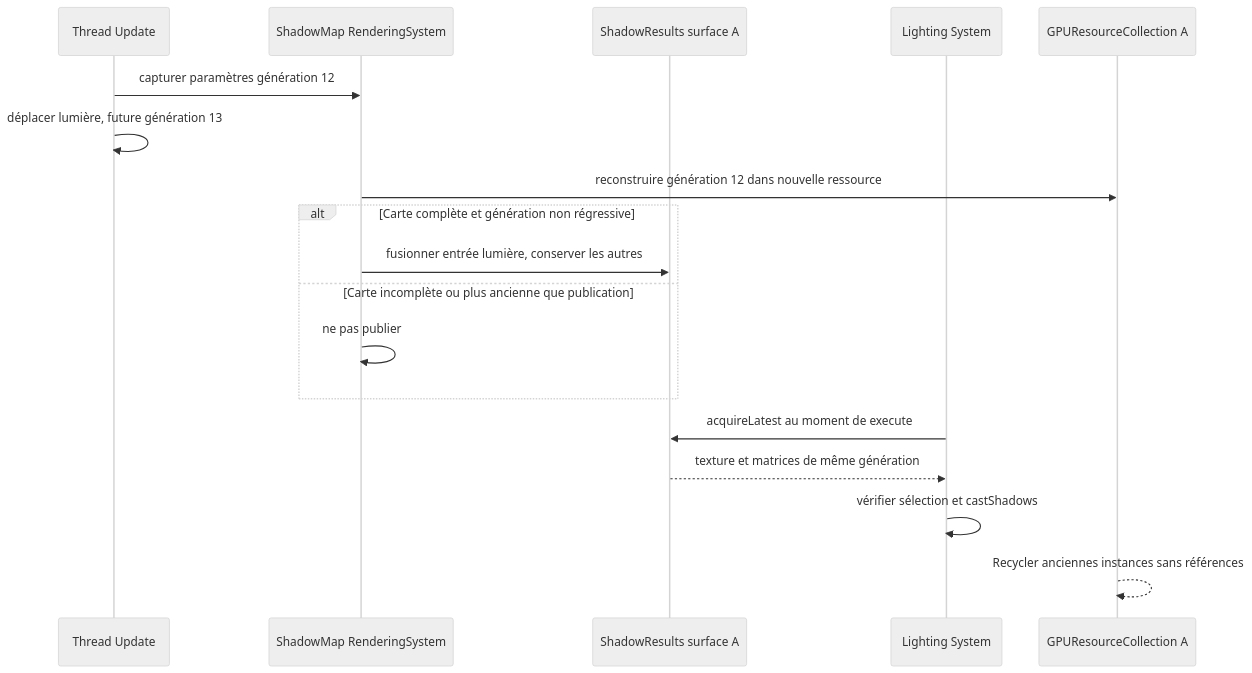
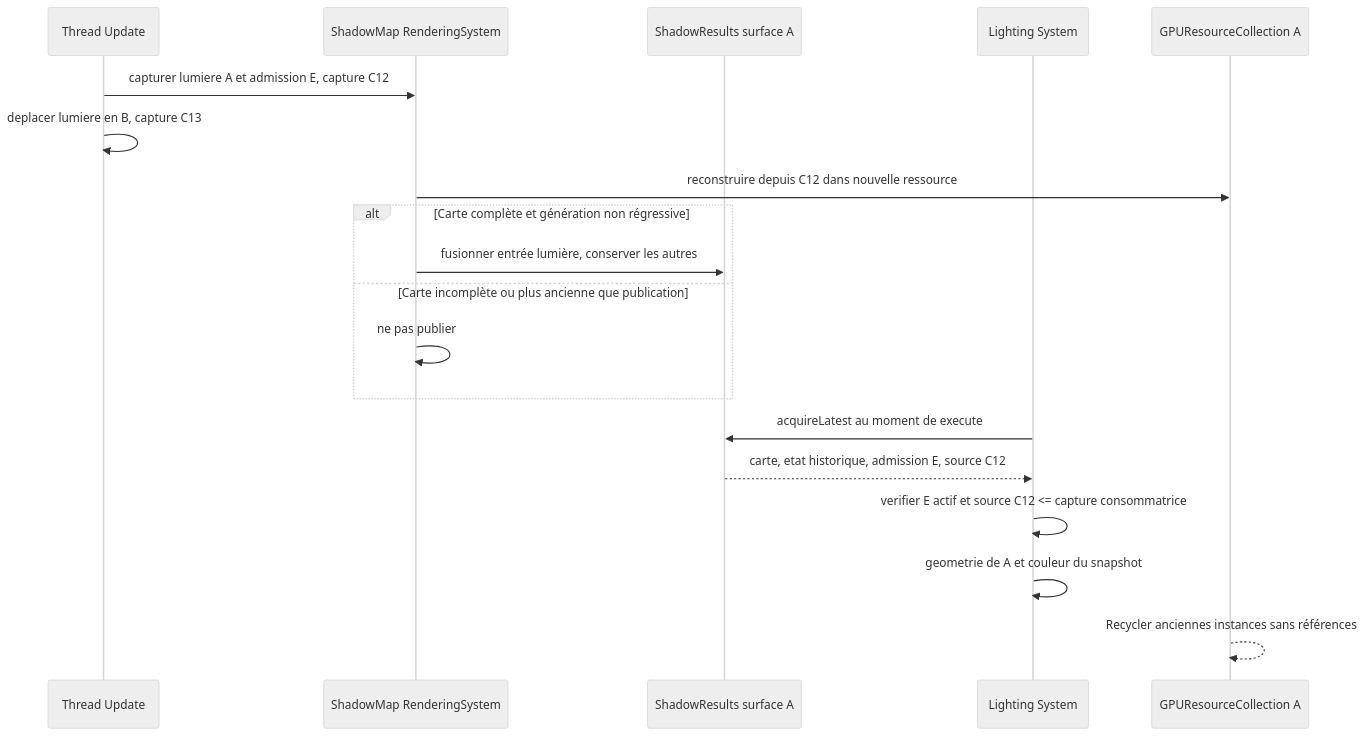
One commit to EreliaStudio/Sparkle changed the fourth of 10 diagrams in docs/voxel-engine-v0.1.4/08-lumieres-et-ombres.md. Above: the diagram before and after it, drawn with Mermaid (neutral theme). The commit also changed other lines of this file, not shown here.

````diff
--- a/docs/voxel-engine-v0.1.4/08-lumieres-et-ombres.md
+++ b/docs/voxel-engine-v0.1.4/08-lumieres-et-ombres.md
@@ -168,20 +179,21 @@
 ```mermaid
 sequenceDiagram
   participant U as Thread Update
   participant SH as ShadowMap RenderingSystem
   participant R as ShadowResults surface A
   participant LI as Lighting System
   participant GPU as GPUResourceCollection A
-  U->>SH: capturer paramètres génération 12
-  U->>U: déplacer lumière, future génération 13
-  SH->>GPU: reconstruire génération 12 dans nouvelle ressource
+  U->>SH: capturer lumiere A et admission E, capture C12
+  U->>U: deplacer lumiere en B, capture C13
+  SH->>GPU: reconstruire depuis C12 dans nouvelle ressource
   alt Carte complète et génération non régressive
     SH->>R: fusionner entrée lumière, conserver les autres
   else Carte incomplète ou plus ancienne que publication
     SH->>SH: ne pas publier
   end
   LI->>R: acquireLatest au moment de execute
-  R-->>LI: texture et matrices de même génération
-  LI->>LI: vérifier sélection et castShadows
+  R-->>LI: carte, etat historique, admission E, source C12
+  LI->>LI: verifier E actif et source C12 <= capture consommatrice
+  LI->>LI: geometrie de A et couleur du snapshot
   GPU-->>GPU: Recycler anciennes instances sans références
 ```
````
